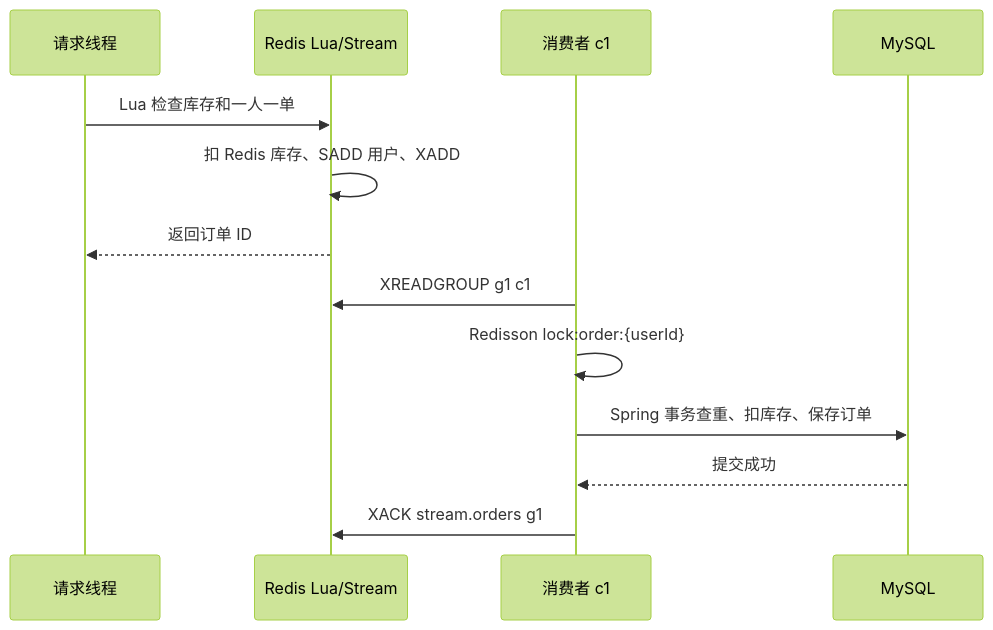
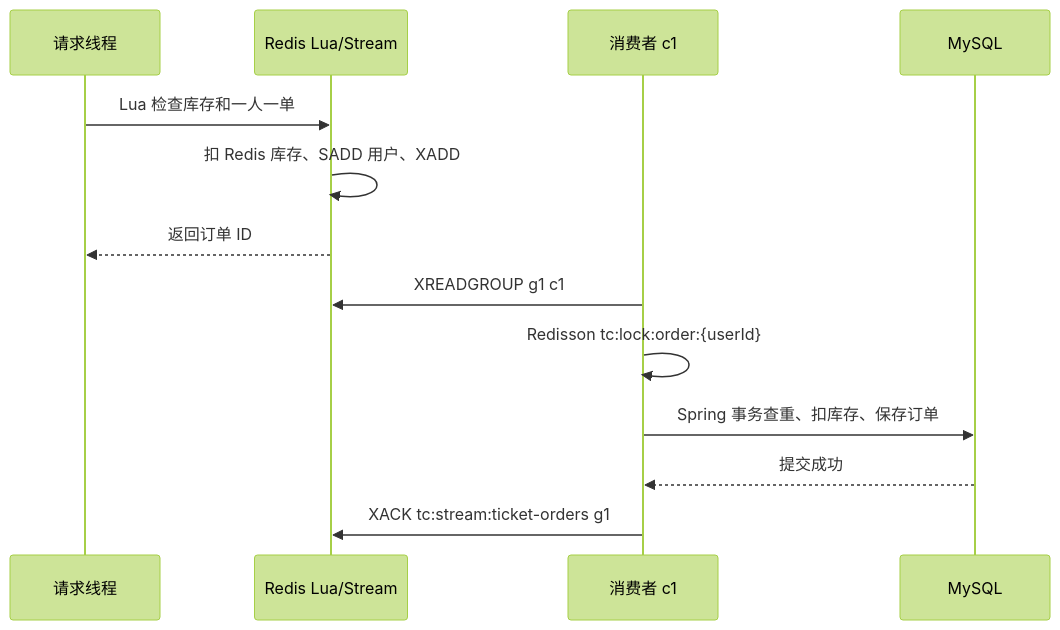
Before and after one commit to Git-creat7/Java-notes: the first of 2 diagrams in Redis/消息队列.md, drawn with Mermaid (forest theme). The commit also changed other lines of this file and 1 other file, not shown here.

````diff
--- a/Redis/消息队列.md
+++ b/Redis/消息队列.md
@@ -112,15 +151,15 @@
 ```mermaid
 sequenceDiagram
     participant C as 请求线程
     participant R as Redis Lua/Stream
     participant W as 消费者 c1
     participant D as MySQL
     C->>R: Lua 检查库存和一人一单
     R->>R: 扣 Redis 库存、SADD 用户、XADD
     R-->>C: 返回订单 ID
     W->>R: XREADGROUP g1 c1
-    W->>W: Redisson lock:order:{userId}
+    W->>W: Redisson tc:lock:order:{userId}
     W->>D: Spring 事务查重、扣库存、保存订单
     D-->>W: 提交成功
-    W->>R: XACK stream.orders g1
+    W->>R: XACK tc:stream:ticket-orders g1
 ```
````
